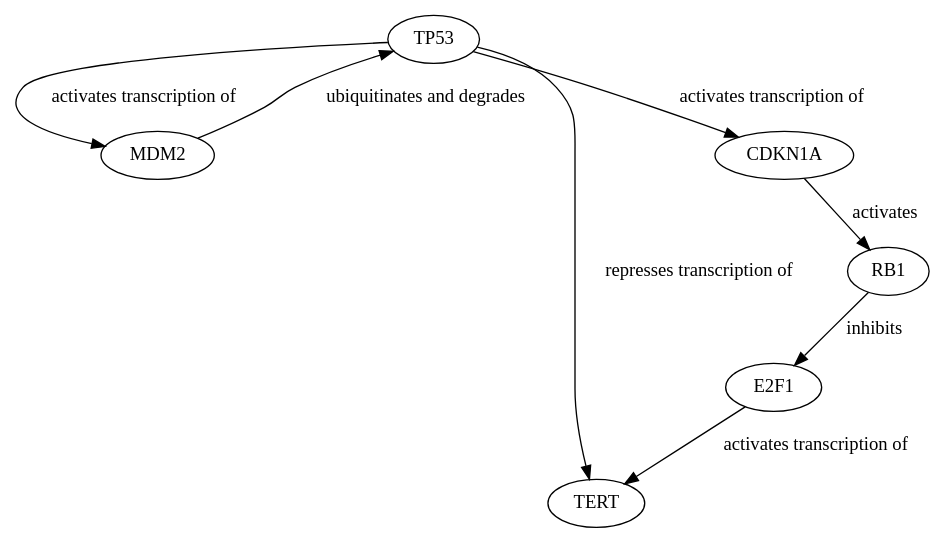
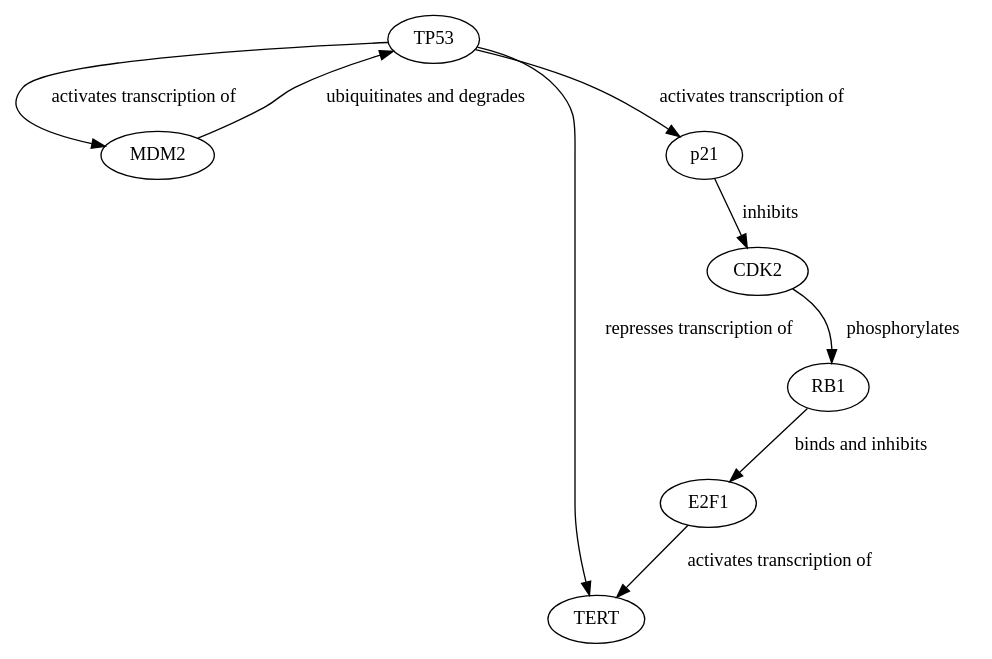
One commit to rick-stevens-ai/GeneChain changed the diagram in network.dot. Above: the diagram before and after it, drawn with Graphviz. The commit also changed 297 other files, not shown here.

```diff
--- a/network.dot
+++ b/network.dot
@@ -1,15 +1,17 @@
 digraph {
 TP53;
 MDM2;
 TERT;
-CDKN1A;
+p21;
+CDK2;
 RB1;
 E2F1;
 TP53 -> MDM2 [key=0, label="activates transcription of", probability=0.9, evidence="PMID: 10871891"];
-TP53 -> TERT [key=0, label="represses transcription of", probability=0.8, evidence="PMID: 15084261"];
-TP53 -> CDKN1A [key=0, label="activates transcription of", probability=0.9, evidence="PMID: 9153395"];
+TP53 -> TERT [key=0, label="represses transcription of", probability=0.8, evidence="PMID: 12522206"];
+TP53 -> p21 [key=0, label="activates transcription of", probability=0.9, evidence="PMID: 9153395"];
 MDM2 -> TP53 [key=0, label="ubiquitinates and degrades", probability=0.95, evidence="PMID: 10871891"];
-CDKN1A -> RB1 [key=0, label=activates, probability=0.85, evidence="PMID: 10362353"];
-RB1 -> E2F1 [key=0, label=inhibits, probability=0.9, evidence="PMID: 10362353"];
-E2F1 -> TERT [key=0, label="activates transcription of", probability=0.8, evidence="PMID: 15084261"];
+p21 -> CDK2 [key=0, label=inhibits, probability=0.85, evidence="PMID: 9153395"];
+CDK2 -> RB1 [key=0, label=phosphorylates, probability=0.8, evidence="PMID: 9153395"];
+RB1 -> E2F1 [key=0, label="binds and inhibits", probability=0.9, evidence="PMID: 9153395"];
+E2F1 -> TERT [key=0, label="activates transcription of", probability=0.85, evidence="PMID: 9153395"];
 }
```
